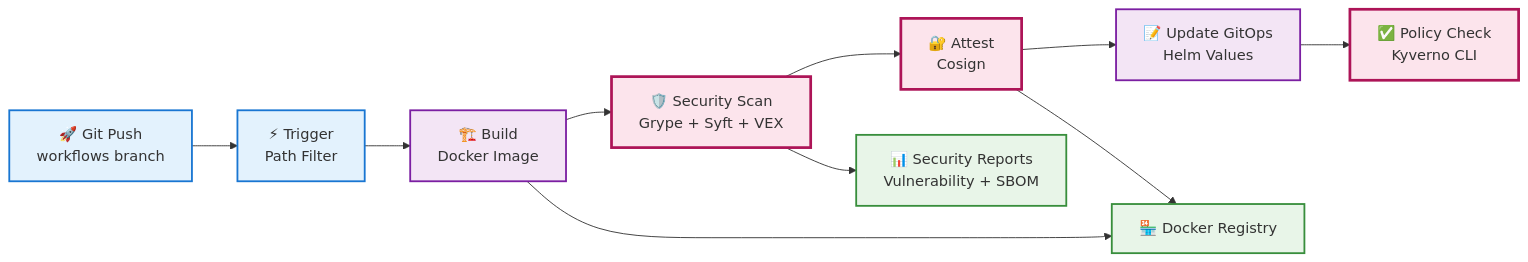
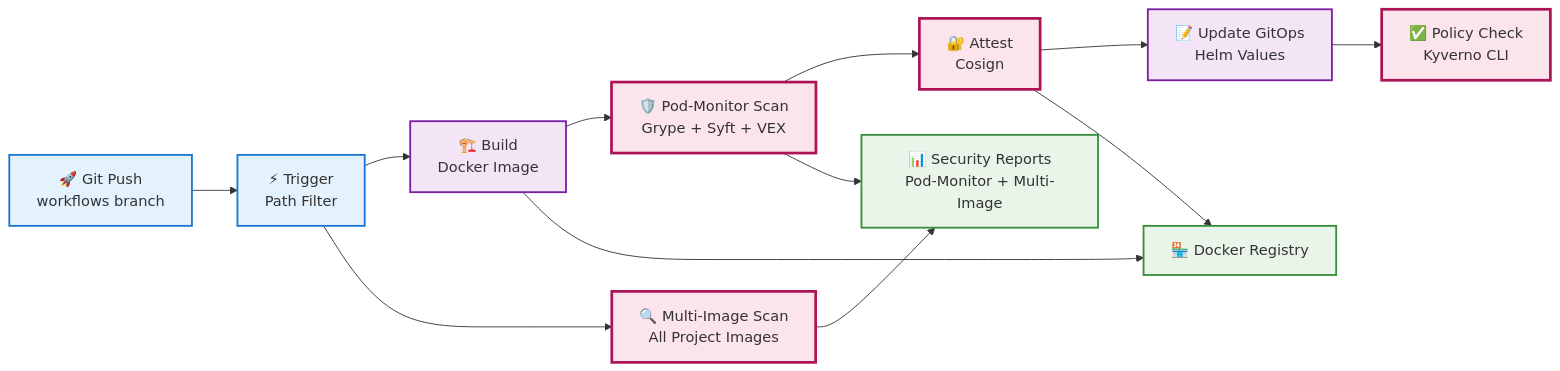
Before and after one commit to anuddeeph1/devops-k8s-case-study: the second of 5 diagrams in README.md, drawn with Mermaid. The commit also changed other lines of this file, not shown here.

````diff
--- a/README.md
+++ b/README.md
@@ -213,43 +213,46 @@
 ```mermaid
 flowchart LR
     %% Input
     PUSH["🚀 Git Push<br/>workflows branch"]
     
     %% CI Pipeline Stages
     TRIGGER["⚡ Trigger<br/>Path Filter"]
     BUILD["🏗️ Build<br/>Docker Image"]
-    SCAN["🛡️ Security Scan<br/>Grype + Syft + VEX"]
+    SCAN["🛡️ Pod-Monitor Scan<br/>Grype + Syft + VEX"]
+    MULTI_SCAN["🔍 Multi-Image Scan<br/>All Project Images"]
     SIGN["🔐 Attest<br/>Cosign"]
     UPDATE["📝 Update GitOps<br/>Helm Values"]
     VALIDATE["✅ Policy Check<br/>Kyverno CLI"]
     
     %% Outputs
     REGISTRY["🏪 Docker Registry<br/>"]
-    REPORTS["📊 Security Reports<br/>Vulnerability + SBOM"]
+    REPORTS["📊 Security Reports<br/>Pod-Monitor + Multi-Image"]
     
     %% Flow
     PUSH --> TRIGGER
     TRIGGER --> BUILD
+    TRIGGER --> MULTI_SCAN
     BUILD --> SCAN
     SCAN --> SIGN
+    MULTI_SCAN --> REPORTS
     SIGN --> UPDATE
     UPDATE --> VALIDATE
     
     %% Outputs
     BUILD --> REGISTRY
     SCAN --> REPORTS  
     SIGN --> REGISTRY
  
     
     %% Styling
     classDef trigger fill:#e3f2fd,stroke:#1976d2,stroke-width:2px
     classDef build fill:#f3e5f5,stroke:#7b1fa2,stroke-width:2px
     classDef security fill:#fce4ec,stroke:#ad1457,stroke-width:3px
     classDef output fill:#e8f5e8,stroke:#388e3c,stroke-width:2px
     
     class PUSH,TRIGGER trigger
     class BUILD build
-    class SCAN,SIGN,VALIDATE security
+    class SCAN,MULTI_SCAN,SIGN,VALIDATE security
     class REGISTRY,REPORTS,DEPLOY output
     class UPDATE build
 ```
````
